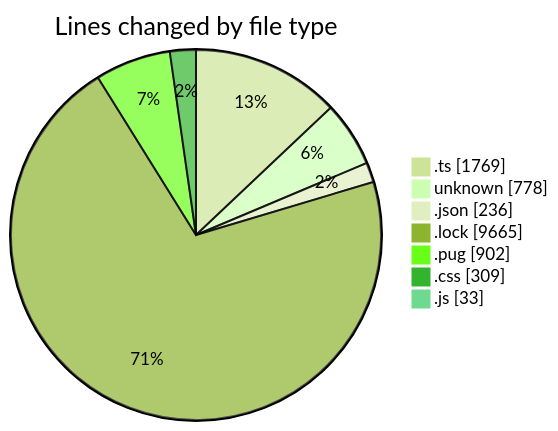
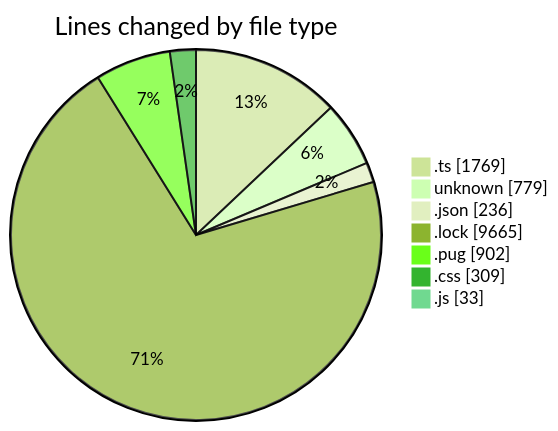
One commit to momahboobian/code-tracking changed the first of 2 diagrams in 2026-05-22/cda/README.md. Above: the diagram before and after it, drawn with Mermaid (forest theme). The commit also changed other lines of this file and 1 other file, not shown here.

````diff
--- a/2026-05-22/cda/README.md
+++ b/2026-05-22/cda/README.md
@@ -39,11 +39,11 @@
 ```mermaid
 pie showData
 title Lines changed by file type
 ".ts" : 1769
-"unknown" : 778
+"unknown" : 779
 ".json" : 236
 ".lock" : 9665
 ".pug" : 902
 ".css" : 309
 ".js" : 33
 ```
````
